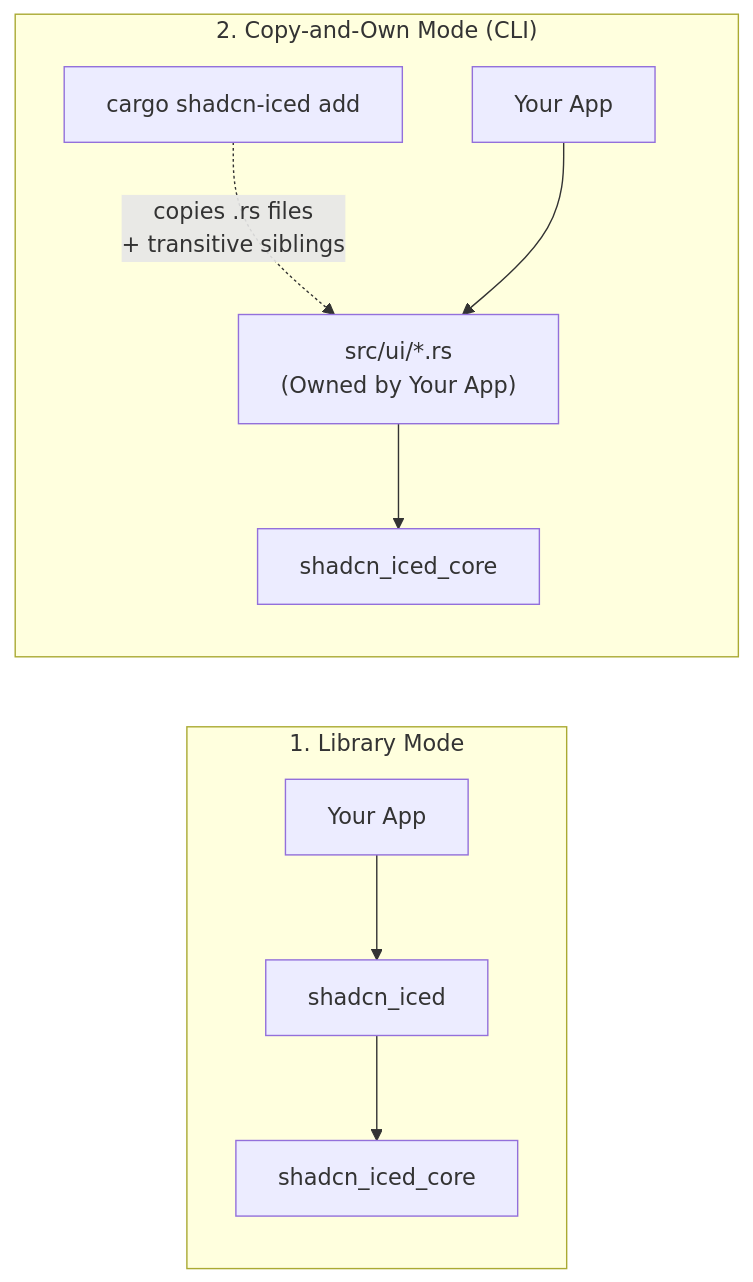
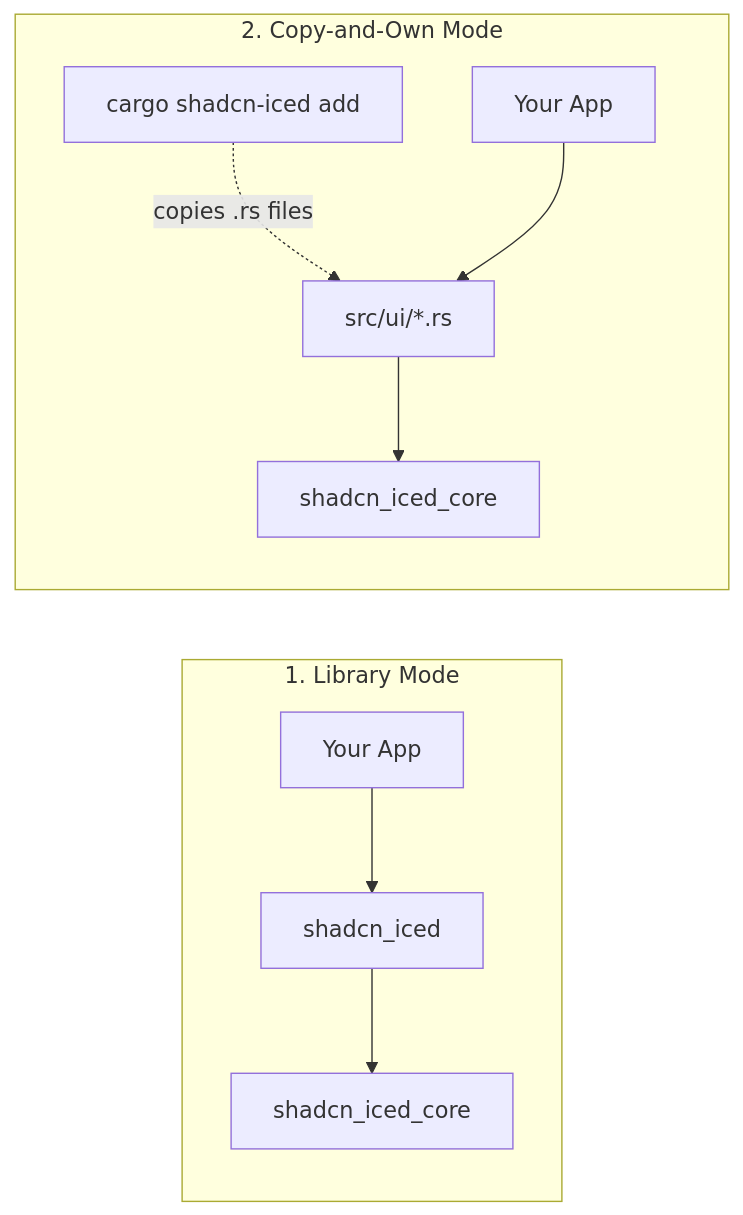
The second of 5 diagrams in docs/architecture.md (r4ai/shadcn-iced), drawn with Mermaid before and after one commit. The commit also changed other lines of this file and 13 other files, not shown here.

Commit message:
docs: unify screenshots in dark mode, fix mermaid diagrams, and refine list/table formatting

````diff
--- a/docs/architecture.md
+++ b/docs/architecture.md
@@ -36,13 +34,13 @@
 ```mermaid
 flowchart LR
     subgraph Mode1["1. Library Mode"]
         App1["Your App"] --> ShadcnIced["shadcn_iced"]
         ShadcnIced --> Core1["shadcn_iced_core"]
     end
 
-    subgraph Mode2["2. Copy-and-Own Mode (CLI)"]
-        CLI2["cargo shadcn-iced add"] -. "copies .rs files<br/>+ transitive siblings" .-> LocalUI["src/ui/*.rs<br/>(Owned by Your App)"]
+    subgraph Mode2["2. Copy-and-Own Mode"]
+        CLI2["cargo shadcn-iced add"] -. "copies .rs files" .-> LocalUI["src/ui/*.rs"]
         App2["Your App"] --> LocalUI
         LocalUI --> Core2["shadcn_iced_core"]
     end
 ```
````
